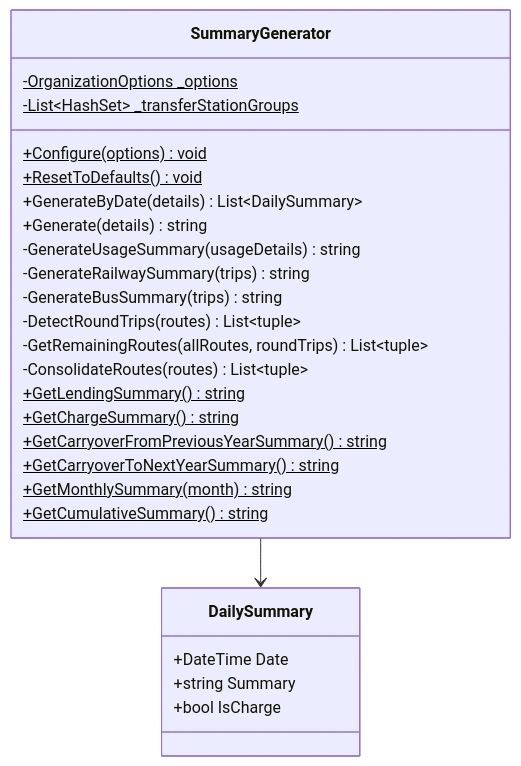
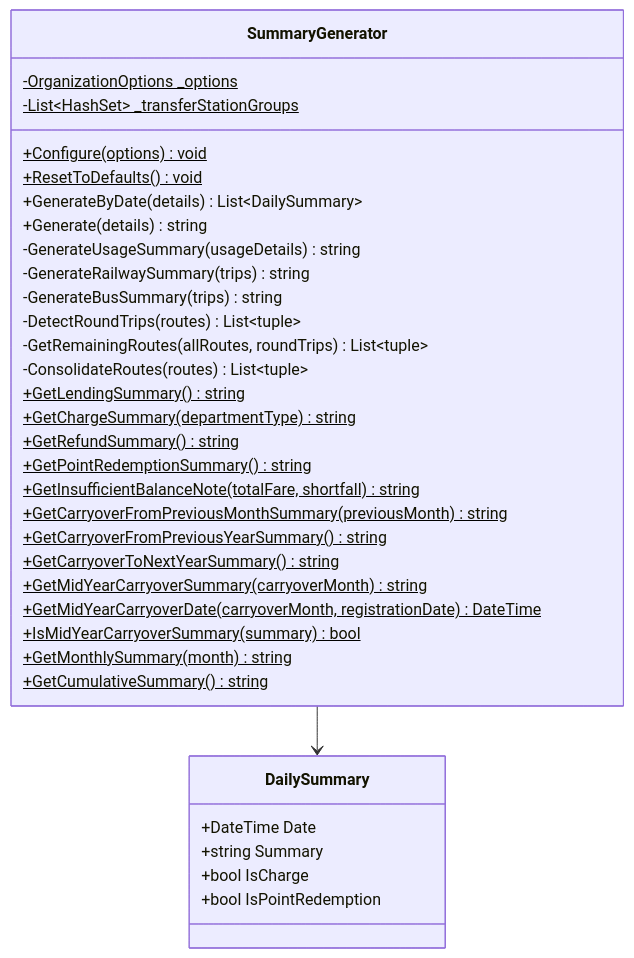
The fifth of 44 diagrams in ICCardManager/docs/design/05_クラス設計書.md (kuwayamamasayuki/ICCardManager), drawn with Mermaid before and after one commit. The commit also changed other lines of this file and 6 other files, not shown here.

````diff
--- a/ICCardManager/docs/design/05_クラス設計書.md
+++ b/ICCardManager/docs/design/05_クラス設計書.md
@@ -419,31 +421,39 @@
 ```mermaid
 classDiagram
     class SummaryGenerator {
         -OrganizationOptions _options$
         -List~HashSet~ _transferStationGroups$
         +Configure(options)$ void
         +ResetToDefaults()$ void
         +GenerateByDate(details) List~DailySummary~
         +Generate(details) string
         -GenerateUsageSummary(usageDetails) string
         -GenerateRailwaySummary(trips) string
         -GenerateBusSummary(trips) string
         -DetectRoundTrips(routes) List~tuple~
         -GetRemainingRoutes(allRoutes, roundTrips) List~tuple~
         -ConsolidateRoutes(routes) List~tuple~
         +GetLendingSummary()$ string
-        +GetChargeSummary()$ string
+        +GetChargeSummary(departmentType)$ string
+        +GetRefundSummary()$ string
+        +GetPointRedemptionSummary()$ string
+        +GetInsufficientBalanceNote(totalFare, shortfall)$ string
+        +GetCarryoverFromPreviousMonthSummary(previousMonth)$ string
         +GetCarryoverFromPreviousYearSummary()$ string
         +GetCarryoverToNextYearSummary()$ string
+        +GetMidYearCarryoverSummary(carryoverMonth)$ string
+        +GetMidYearCarryoverDate(carryoverMonth, registrationDate)$ DateTime
+        +IsMidYearCarryoverSummary(summary)$ bool
         +GetMonthlySummary(month)$ string
         +GetCumulativeSummary()$ string
     }
 
     class DailySummary {
         +DateTime Date
         +string Summary
         +bool IsCharge
+        +bool IsPointRedemption
     }
 
     SummaryGenerator --> DailySummary
 ```
````
